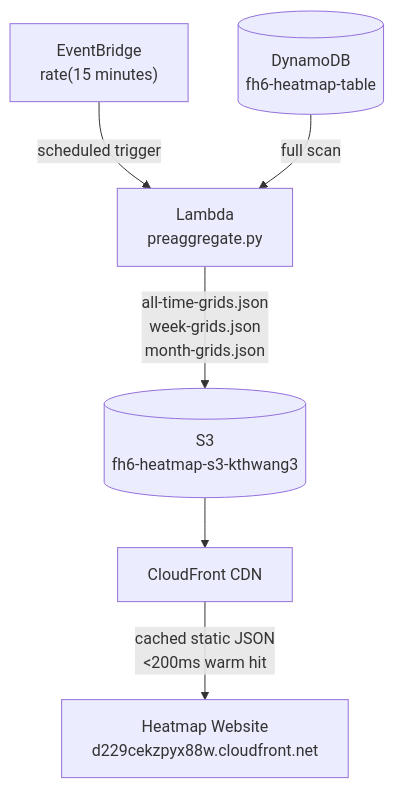
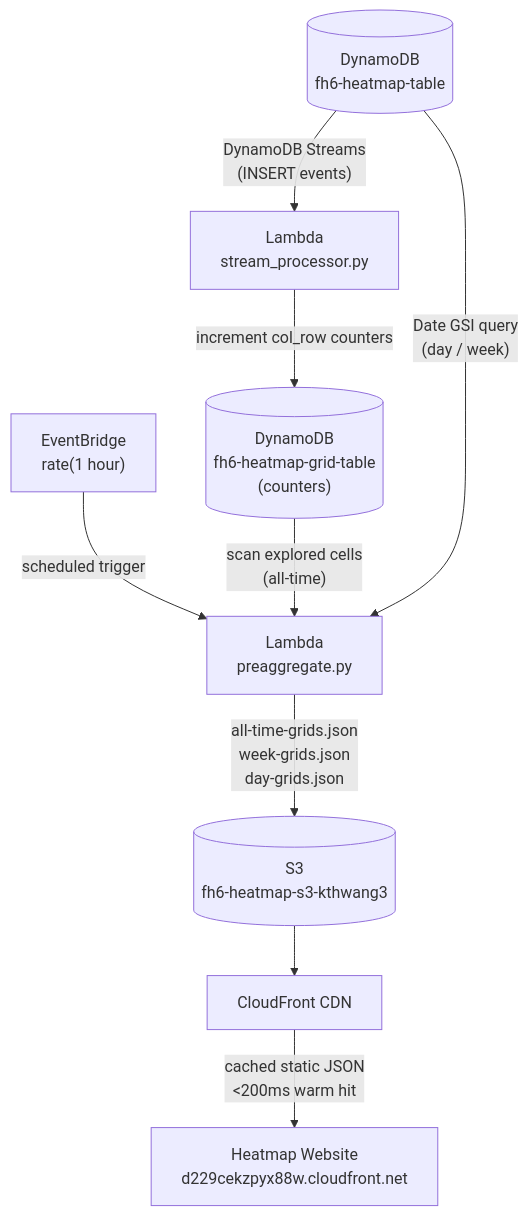
The second of 3 diagrams in README.md (kthwang3/fh6-heatmap), drawn with Mermaid before and after one commit. The commit also changed other lines of this file and 1 other file, not shown here.

````diff
--- a/README.md
+++ b/README.md
@@ -103,15 +103,20 @@
 ```mermaid
 flowchart TD
-    EB["EventBridge\nrate(15 minutes)"]
+    EB["EventBridge\nrate(1 hour)"]
     AggLambda["Lambda\npreaggregate.py"]
     DDB[("DynamoDB\nfh6-heatmap-table")]
+    StreamLambda["Lambda\nstream_processor.py"]
+    Counters[("DynamoDB\nfh6-heatmap-grid-table\n(counters)")]
     S3[("S3\nfh6-heatmap-s3-kthwang3")]
     CF["CloudFront CDN"]
     Site["Heatmap Website\nd229cekzpyx88w.cloudfront.net"]
 
+    DDB -->|"DynamoDB Streams\n(INSERT events)"| StreamLambda
+    StreamLambda -->|"increment col_row counters"| Counters
     EB -->|"scheduled trigger"| AggLambda
-    DDB -->|"full scan"| AggLambda
-    AggLambda -->|"all-time-grids.json\nweek-grids.json\nmonth-grids.json"| S3
+    Counters -->|"scan explored cells\n(all-time)"| AggLambda
+    DDB -->|"Date GSI query\n(day / week)"| AggLambda
+    AggLambda -->|"all-time-grids.json\nweek-grids.json\nday-grids.json"| S3
     S3 --> CF
     CF -->|"cached static JSON\n<200ms warm hit"| Site
 ```
````
